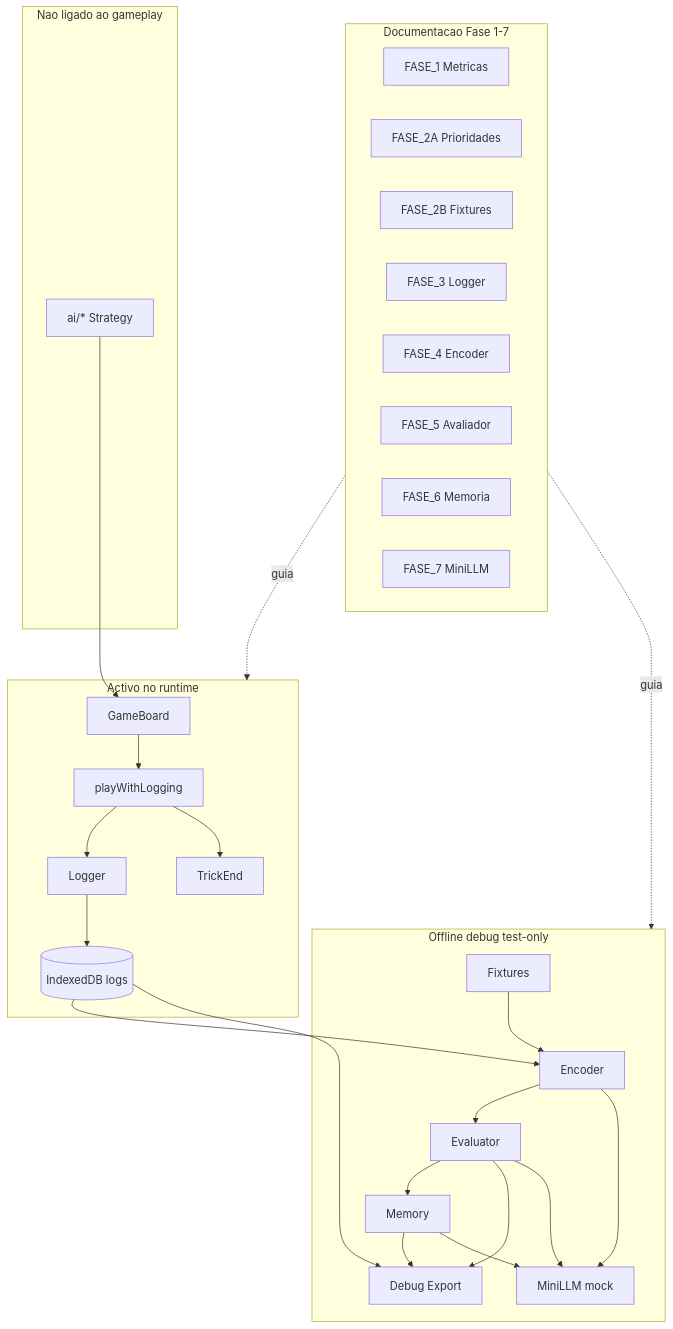
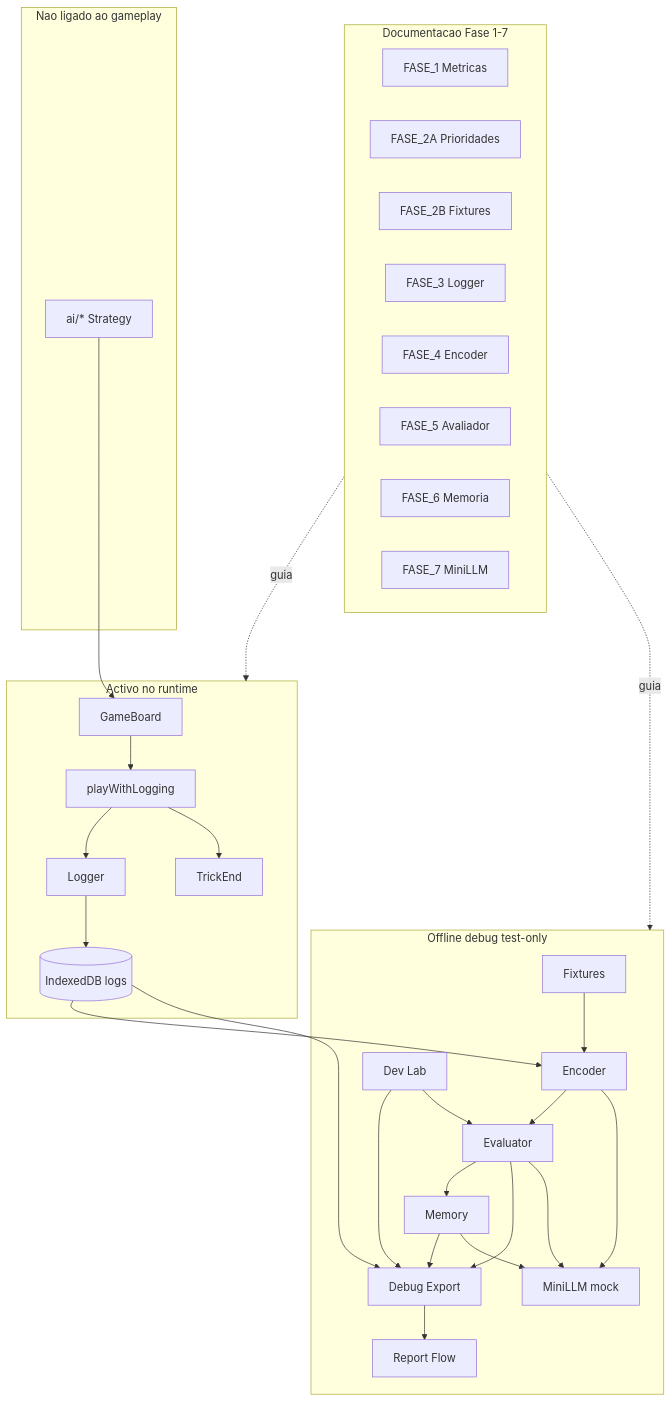
The diagram in docs/ai/CARD_INTELLIGENCE_STATUS_REPORT.md (frankbexxx/sueca), drawn with Mermaid before and after one commit. The commit also changed other lines of this file and 22 other files, not shown here.

````diff
--- a/docs/ai/CARD_INTELLIGENCE_STATUS_REPORT.md
+++ b/docs/ai/CARD_INTELLIGENCE_STATUS_REPORT.md
@@ -107,41 +115,44 @@
 ```mermaid
 flowchart TB
   subgraph design [Documentacao Fase 1-7]
     F1[FASE_1 Metricas]
     F2A[FASE_2A Prioridades]
     F2B[FASE_2B Fixtures]
     F3[FASE_3 Logger]
     F4[FASE_4 Encoder]
     F5[FASE_5 Avaliador]
     F6[FASE_6 Memoria]
     F7[FASE_7 MiniLLM]
   end
 
   subgraph runtime [Activo no runtime]
     GB[GameBoard] --> PWL[playWithLogging]
     PWL --> LOG[Logger]
     PWL --> TRK[TrickEnd]
     LOG --> IDB[(IndexedDB logs)]
   end
 
   subgraph offline [Offline debug test-only]
     IDB --> ENC[Encoder]
     FIX[Fixtures] --> ENC
     ENC --> EVAL[Evaluator]
     EVAL --> MEM[Memory]
     IDB --> DBG[Debug Export]
     EVAL --> DBG
     MEM --> DBG
     ENC --> LLM[MiniLLM mock]
     EVAL --> LLM
     MEM --> LLM
+    LAB[Dev Lab] --> DBG
+    LAB --> EVAL
+    DBG --> RPT[Report Flow]
   end
 
   subgraph untouched [Nao ligado ao gameplay]
     BOTS[ai/* Strategy]
     BOTS --> GB
   end
 
   design -.->|guia| runtime
   design -.->|guia| offline
 ```
````
